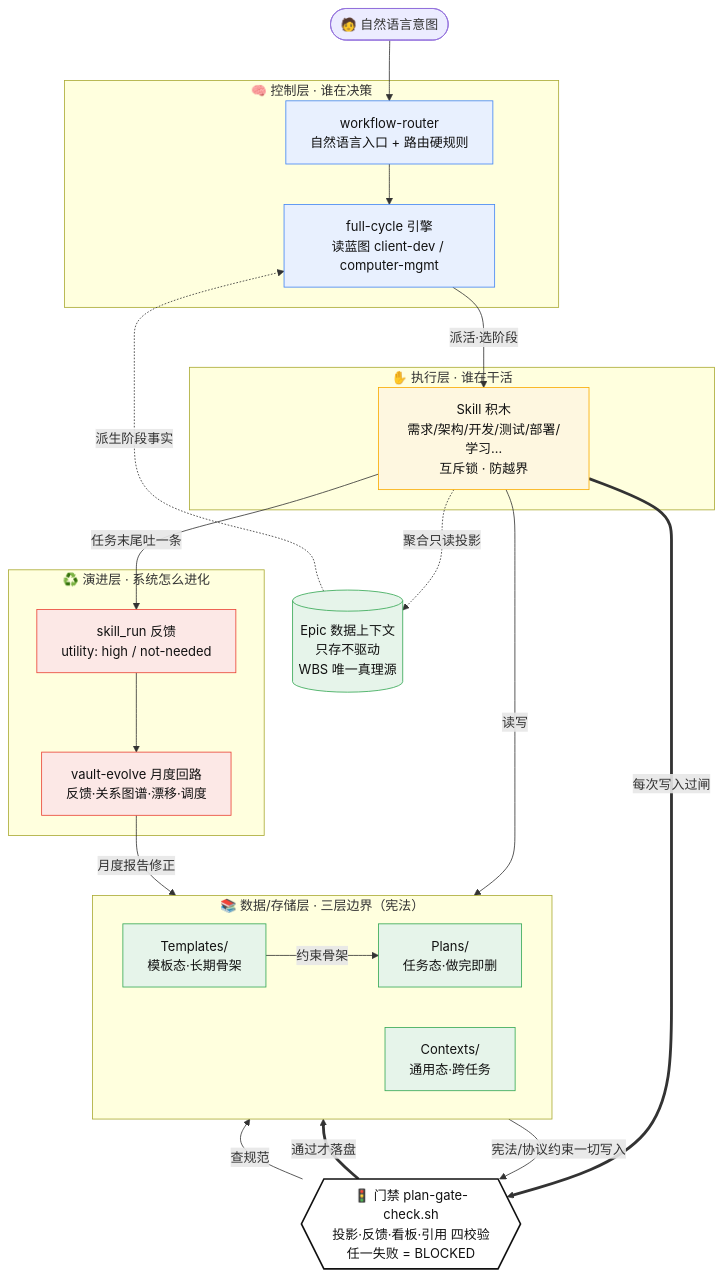
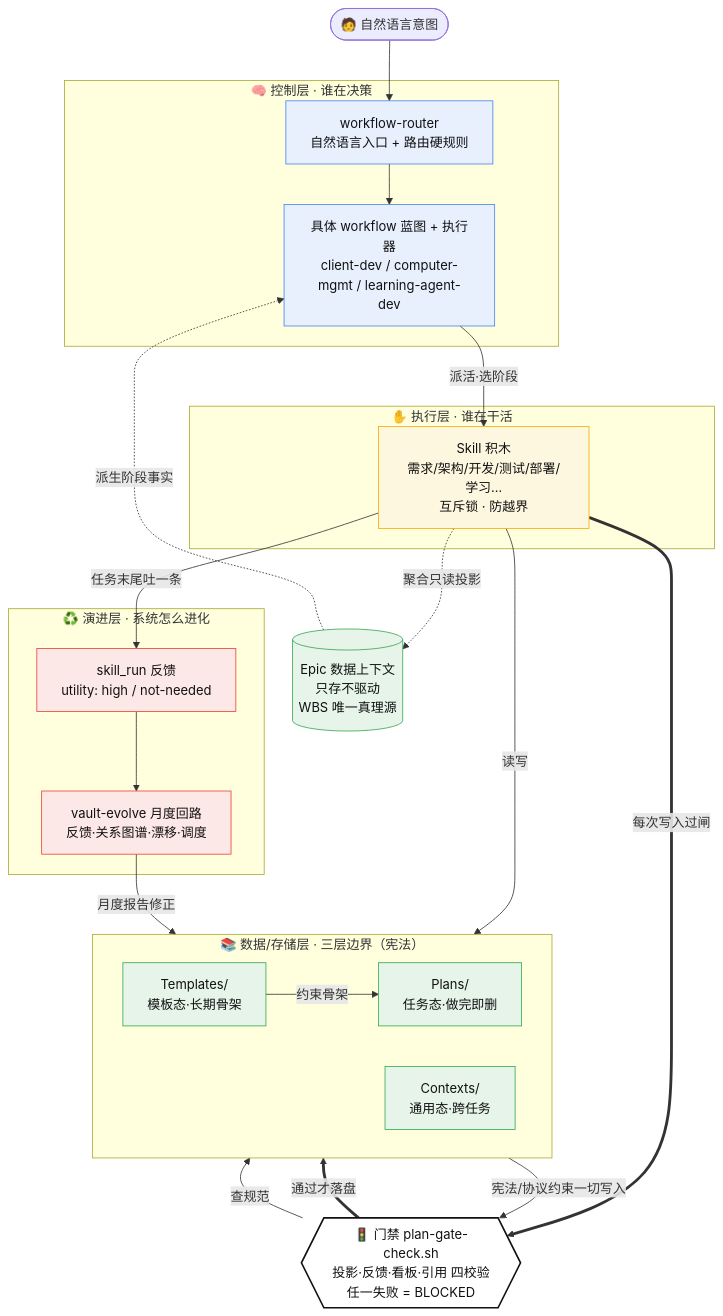
One commit to Wlx682/AI-Work-Kit changed the diagram in Contexts/决策/AI-Work-Kit运行时拓扑.md. Above: the diagram before and after it, drawn with Mermaid. The commit also changed other lines of this file and 51 other files, not shown here.

Commit message:
refactor workflow routing and add learning workflow

````diff
--- a/Contexts/决策/AI-Work-Kit运行时拓扑.md
+++ b/Contexts/决策/AI-Work-Kit运行时拓扑.md
@@ -30,57 +30,57 @@
 ```mermaid
 flowchart TB
     USER(["🧑 自然语言意图"])
 
     subgraph BRAIN["🧠 控制层 · 谁在决策"]
         ROUTER["workflow-router<br/>自然语言入口 + 路由硬规则"]
-        ENGINE["full-cycle 引擎<br/>读蓝图 client-dev / computer-mgmt"]
+        ENGINE["具体 workflow 蓝图 + 执行器<br/>client-dev / computer-mgmt / learning-agent-dev"]
         ROUTER --> ENGINE
     end
 
     subgraph HANDS["✋ 执行层 · 谁在干活"]
         SKILLS["Skill 积木<br/>需求/架构/开发/测试/部署/学习…<br/>互斥锁 · 防越界"]
     end
 
     subgraph DATA["📚 数据/存储层 · 三层边界（宪法）"]
         direction LR
         PLANS["Plans/<br/>任务态·做完即删"]
         CTX["Contexts/<br/>通用态·跨任务"]
         TPL["Templates/<br/>模板态·长期骨架"]
     end
 
     EPIC[("Epic 数据上下文<br/>只存不驱动<br/>WBS 唯一真理源")]
 
     GATE{{"🚦 门禁 plan-gate-check.sh<br/>投影·反馈·看板·引用 四校验<br/>任一失败 = BLOCKED"}}
 
     subgraph EVOLVE["♻️ 演进层 · 系统怎么进化"]
         FEEDBACK["skill_run 反馈<br/>utility: high / not-needed"]
         LOOPS["vault-evolve 月度回路<br/>反馈·关系图谱·漂移·调度"]
         FEEDBACK --> LOOPS
     end
 
     USER --> ROUTER
     ENGINE -->|"派活·选阶段"| SKILLS
     SKILLS -->|"读写"| PLANS
     SKILLS -.->|"聚合只读投影"| EPIC
     EPIC -.->|"派生阶段事实"| ENGINE
 
     SKILLS ==>|"每次写入过闸"| GATE
     GATE ==>|"通过才落盘"| PLANS
     GATE -->|"查规范"| CTX
     TPL -->|"约束骨架"| PLANS
 
     SKILLS -->|"任务末尾吐一条"| FEEDBACK
     LOOPS -->|"月度报告修正"| CTX
     CTX -->|"宪法/协议约束一切写入"| GATE
 
     classDef brain fill:#e8f0fe,stroke:#4285f4,color:#111
     classDef hands fill:#fef7e0,stroke:#f9ab00,color:#111
     classDef data fill:#e6f4ea,stroke:#34a853,color:#111
     classDef evolve fill:#fce8e6,stroke:#ea4335,color:#111
     classDef gate fill:#fff,stroke:#111,stroke-width:2px,color:#111
     class ROUTER,ENGINE brain
     class SKILLS hands
     class PLANS,CTX,TPL,EPIC data
     class FEEDBACK,LOOPS evolve
     class GATE gate
 ```
````
